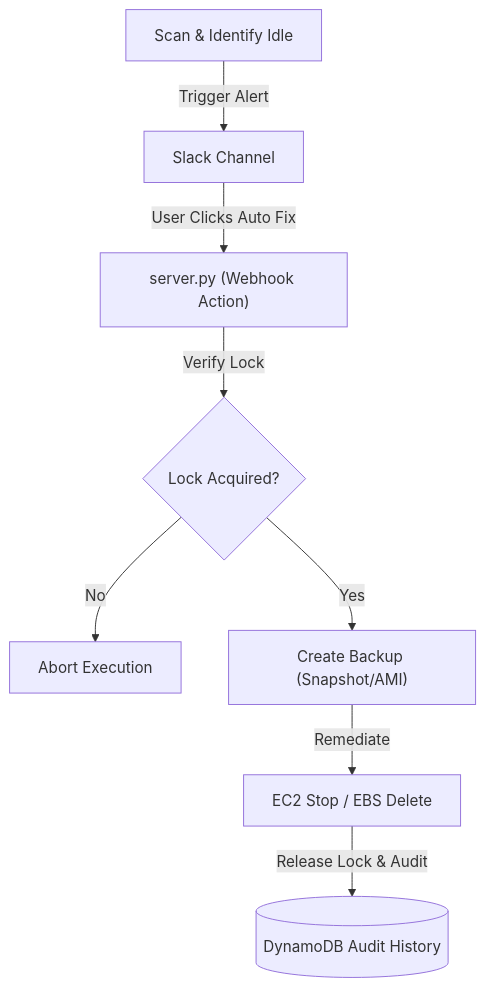
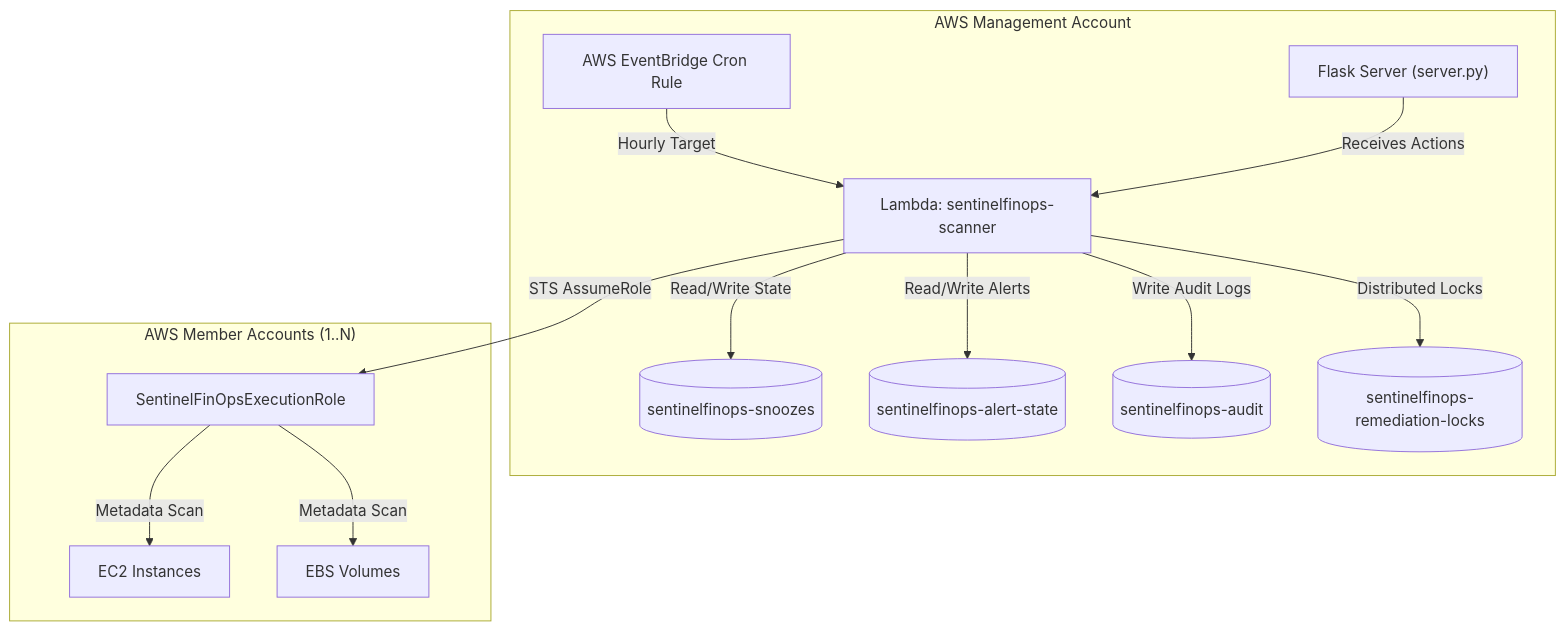
One commit to VaishnavSreekumar/sentinelfinops changed the fourth of 11 diagrams in ARCHITECTURE.md. Above: the diagram before and after it, drawn with Mermaid. The commit also changed other lines of this file and 20 other files, not shown here.

````diff
--- a/ARCHITECTURE.md
+++ b/ARCHITECTURE.md
@@ -57,10 +99,17 @@
 ```mermaid
 graph TD
-    Scan["Scan & Identify Idle"] -->|Trigger Alert| Slack["Slack Channel"]
-    Slack -->|User Clicks Auto Fix| Webhook["server.py (Webhook Action)"]
-    Webhook -->|Verify Lock| Lock{"Lock Acquired?"}
-    Lock -->|No| Abort["Abort Execution"]
-    Lock -->|Yes| Backup["Create Backup (Snapshot/AMI)"]
-    Backup -->|Remediate| Action["EC2 Stop / EBS Delete"]
-    Action -->|Release Lock & Audit| DynamoDB[("DynamoDB Audit History")]
+    subgraph "AWS Management Account"
+        EventBridge["AWS EventBridge Cron Rule"] -->|Hourly Target| LambdaScan["Lambda: sentinelfinops-scanner"]
+        FlaskServer["Flask Server (server.py)"] -->|Receives Actions| LambdaScan
+        LambdaScan -->|Read/Write State| DDB_Snooze[("sentinelfinops-snoozes")]
+        LambdaScan -->|Read/Write Alerts| DDB_AlertState[("sentinelfinops-alert-state")]
+        LambdaScan -->|Write Audit Logs| DDB_Audit[("sentinelfinops-audit")]
+        LambdaScan -->|Distributed Locks| DDB_Locks[("sentinelfinops-remediation-locks")]
+    end
+
+    subgraph "AWS Member Accounts (1..N)"
+        LambdaScan -->|STS AssumeRole| TargetRole["SentinelFinOpsExecutionRole"]
+        TargetRole -->|Metadata Scan| EC2["EC2 Instances"]
+        TargetRole -->|Metadata Scan| EBS["EBS Volumes"]
+    end
 ```
````
